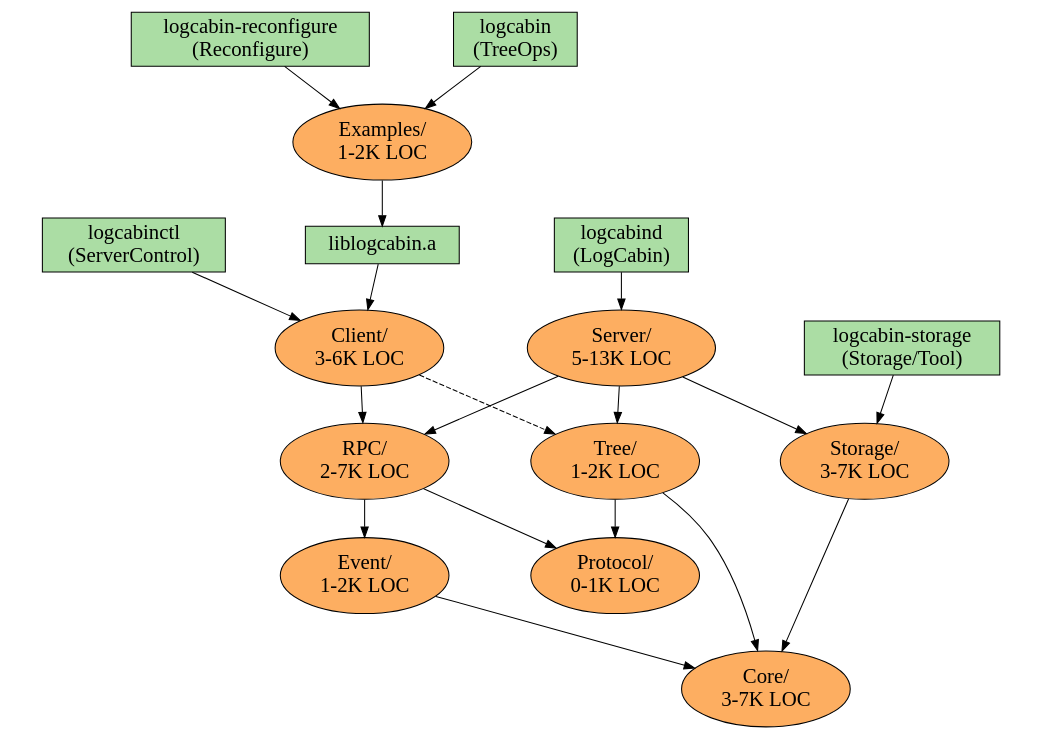
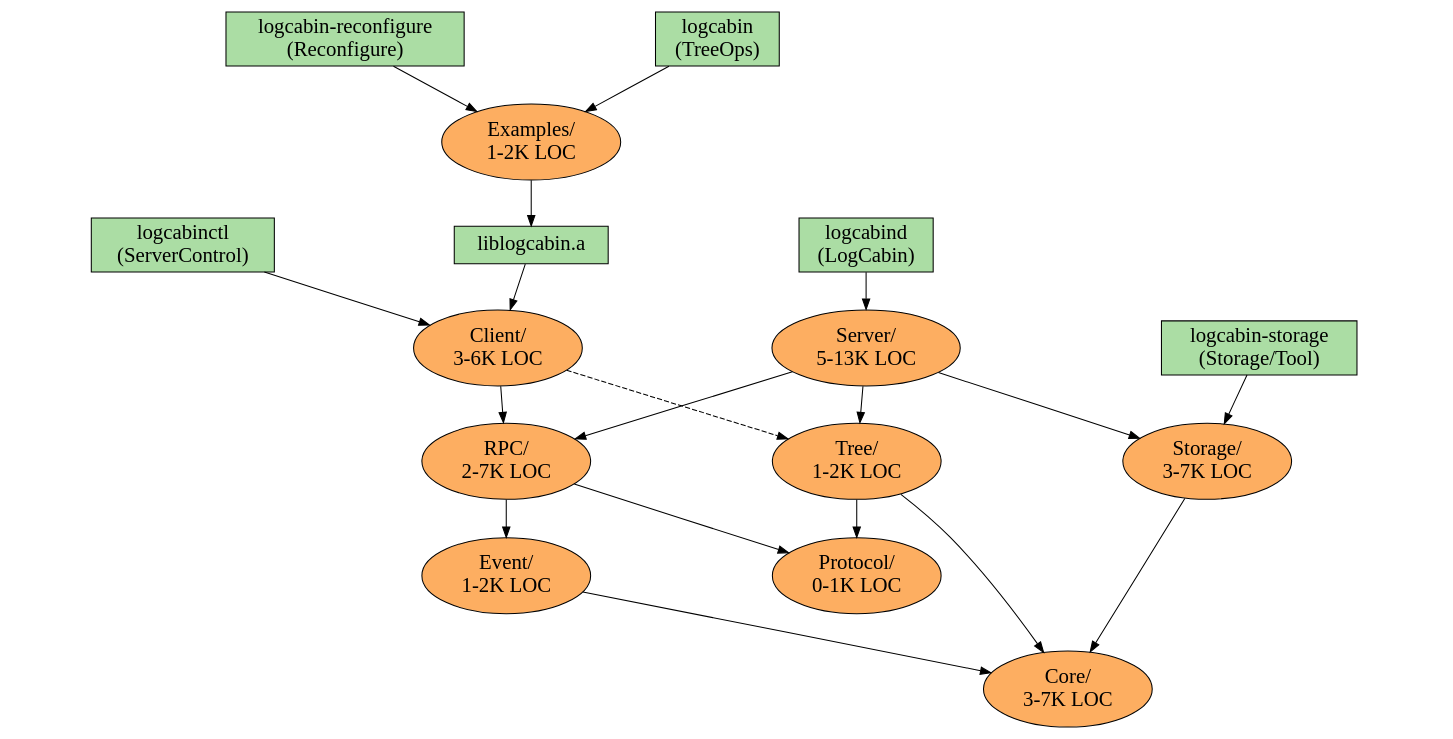
The diagram in directories.dot (Sonam1999/logcabin-talk), drawn with Graphviz before and after one commit. The commit also changed 3 other files, not shown here.

```diff
--- a/directories.dot
+++ b/directories.dot
@@ -1,51 +1,51 @@
 digraph dependencies {
 
-ratio=.7;
+ratio=.5;
 fontname="Mono";
 
 // Directories
 // LOC are "total" and "SLOC for non-test files" according to
 // logcabin/scripts/loc.sh, last updated 2015-07-17
 node [shape="ellipse", style="filled", fillcolor="#fdae61", fontsize=20];
 Client [label="Client/\n3-6K LOC"];
 Core [label="Core/\n3-7K LOC"];
 Event [label="Event/\n1-2K LOC"];
 Examples [label="Examples/\n1-2K LOC"];
 Protocol [label="Protocol/\n0-1K LOC"];
 RPC [label="RPC/\n2-7K LOC"];
 Server [label="Server/\n5-13K LOC"];
 Storage [label="Storage/\n3-7K LOC"];
 Tree [label="Tree/\n1-2K LOC"];
 
 // Binaries
 node [shape="box", style="filled", fillcolor="#abdda4"];
 ClientLib [label="liblogcabin.a"];
 Main [label="logcabind\n(LogCabin)"];
 Reconfigure [label="logcabin-reconfigure\n(Reconfigure)"];
 ServerControl [label="logcabinctl\n(ServerControl)"];
 StorageTool [label="logcabin-storage\n(Storage/Tool)"];
 TreeOps [label="logcabin\n(TreeOps)"];
 
 // Dependencies
 Client -> RPC;
 Client -> Tree [style="dashed", weight=.5];
 Event -> Core;
 Examples -> ClientLib;
 RPC -> Event;
 RPC -> Protocol;
 Server -> RPC;
 Server -> Storage;
 Server -> Tree;
 Storage -> Core;
 Tree -> Core;
 Tree -> Protocol;
 
 // Binary locations
 ClientLib -> Client;
 Main -> Server;
 Reconfigure -> Examples;
 ServerControl -> Client;
 StorageTool -> Storage;
 TreeOps -> Examples;
 
 } // must be last line in file for Makefile
```
